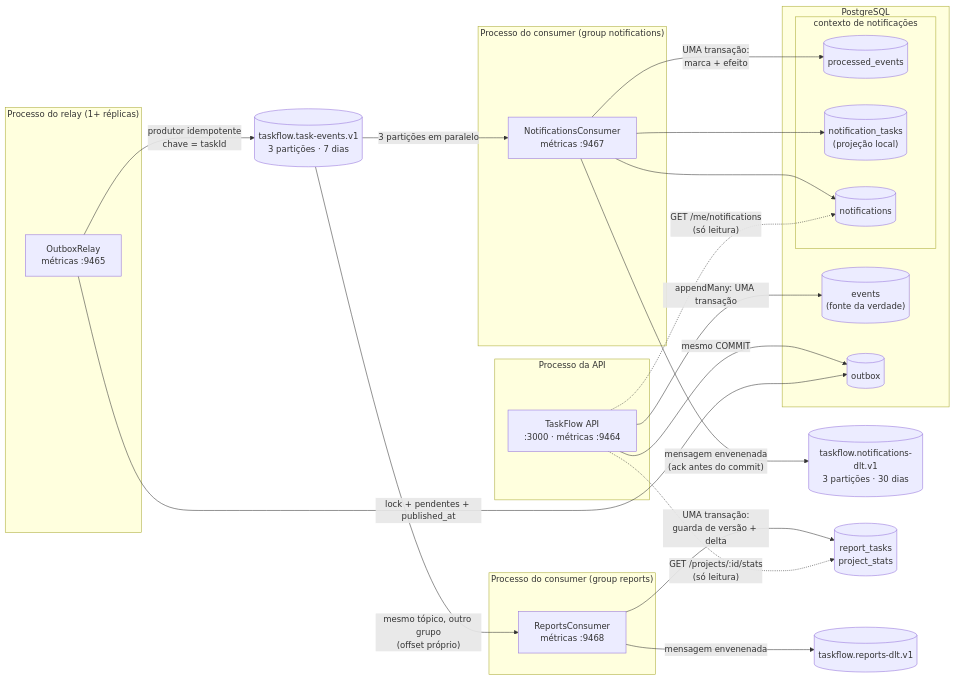
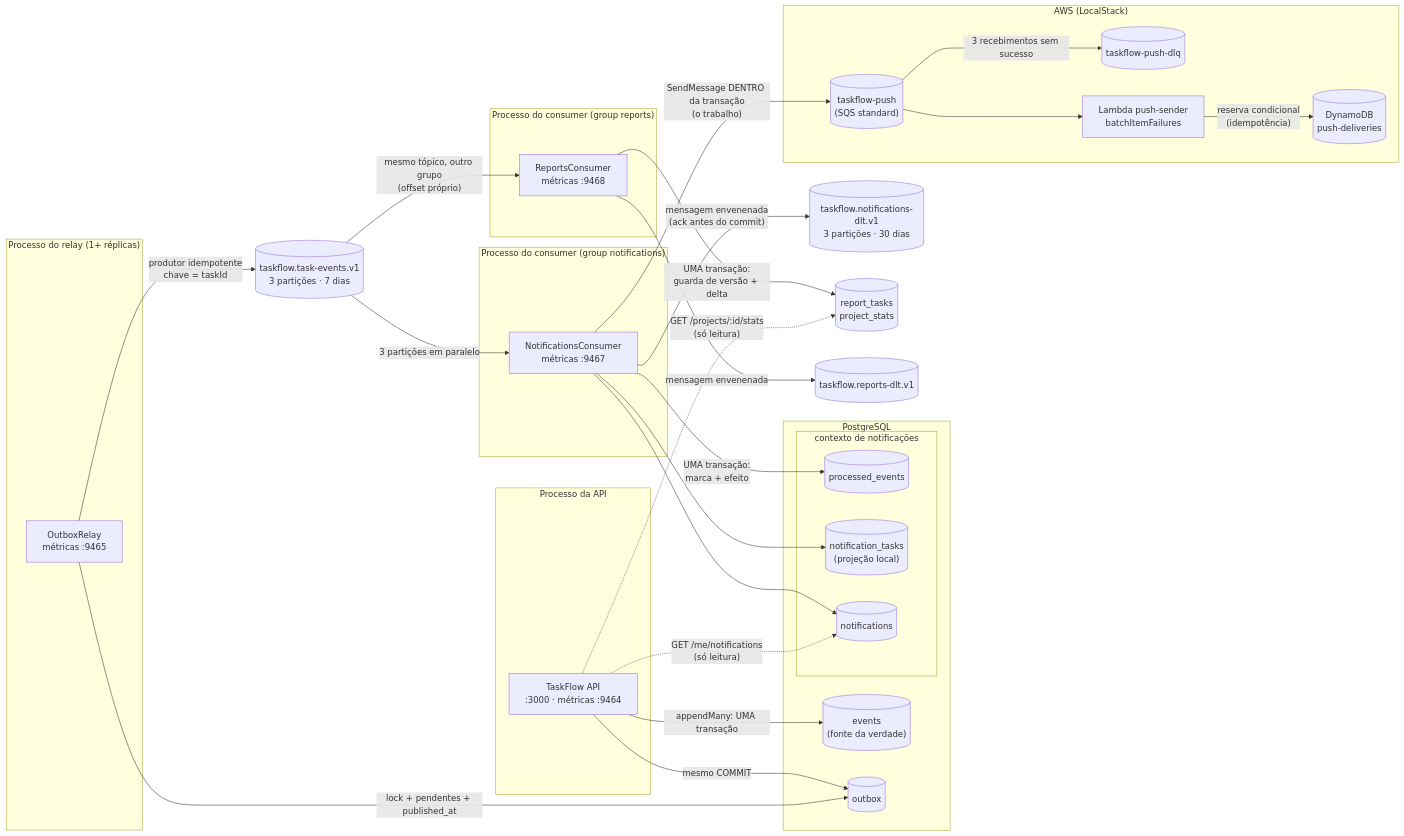
One commit to cassiocidrini/TaskFlow changed the diagram in docs/modules/13-mensageria-kafka.md. Above: the diagram before and after it, drawn with Mermaid. The commit also changed other lines of this file and 34 other files, not shown here.

First line of the commit message:
feat: Kafka para fatos, SQS para trabalho: push por SQS + Lambda (13.7) (#29)

````diff
--- a/docs/modules/13-mensageria-kafka.md
+++ b/docs/modules/13-mensageria-kafka.md
@@ -67,38 +69,48 @@
 ```mermaid
 flowchart LR
     subgraph api["Processo da API"]
         API["TaskFlow API<br/>:3000 · métricas :9464"]
     end
     subgraph pg["PostgreSQL"]
         EV[("events<br/>(fonte da verdade)")]
         OB[("outbox")]
         subgraph nctx["contexto de notificações"]
             PE[("processed_events")]
             NT[("notification_tasks<br/>(projeção local)")]
             NO[("notifications")]
         end
     end
     subgraph relay["Processo do relay (1+ réplicas)"]
         R["OutboxRelay<br/>métricas :9465"]
     end
     subgraph cons["Processo do consumer (group notifications)"]
         C["NotificationsConsumer<br/>métricas :9467"]
     end
     API -->|"appendMany: UMA transação"| EV
     API -->|"mesmo COMMIT"| OB
     R -->|"lock + pendentes + published_at"| OB
     R -->|"produtor idempotente<br/>chave = taskId"| T1[("taskflow.task-events.v1<br/>3 partições · 7 dias")]
     T1 -->|"3 partições em paralelo"| C
     C -->|"mensagem envenenada<br/>(ack antes do commit)"| DLT[("taskflow.notifications-dlt.v1<br/>3 partições · 30 dias")]
     C -->|"UMA transação:<br/>marca + efeito"| PE
     C --> NT
     C --> NO
     API -.->|"GET /me/notifications<br/>(só leitura)"| NO
     subgraph rep["Processo do consumer (group reports)"]
         RC["ReportsConsumer<br/>métricas :9468"]
     end
     T1 -->|"mesmo tópico, outro grupo<br/>(offset próprio)"| RC
     RC -->|"UMA transação:<br/>guarda de versão + delta"| RS[("report_tasks<br/>project_stats")]
     RC -->|"mensagem envenenada"| RDLT[("taskflow.reports-dlt.v1")]
     API -.->|"GET /projects/:id/stats<br/>(só leitura)"| RS
+    subgraph aws["AWS (LocalStack)"]
+        PQ[("taskflow-push<br/>(SQS standard)")]
+        PDLQ[("taskflow-push-dlq")]
+        L["Lambda push-sender<br/>batchItemFailures"]
+        DD[("DynamoDB<br/>push-deliveries")]
+    end
+    C -->|"SendMessage DENTRO da transação<br/>(o trabalho)"| PQ
+    PQ --> L
+    L -->|"reserva condicional<br/>(idempotência)"| DD
+    PQ -->|"3 recebimentos sem sucesso"| PDLQ
 ```
````
